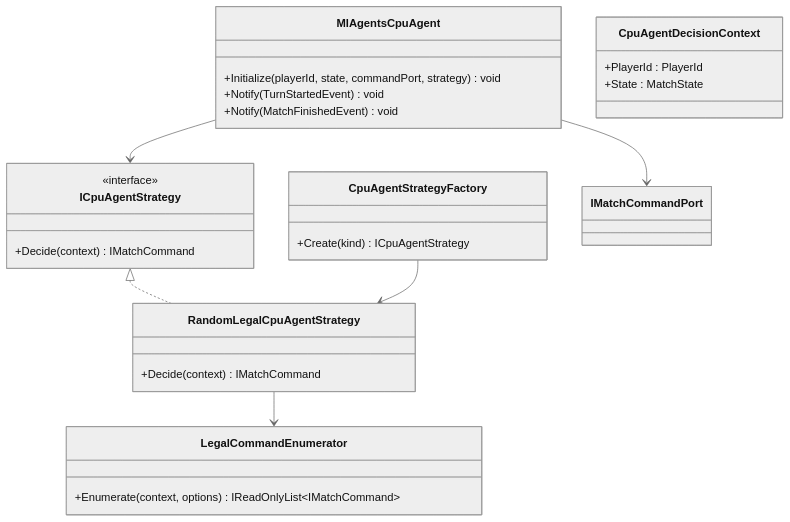
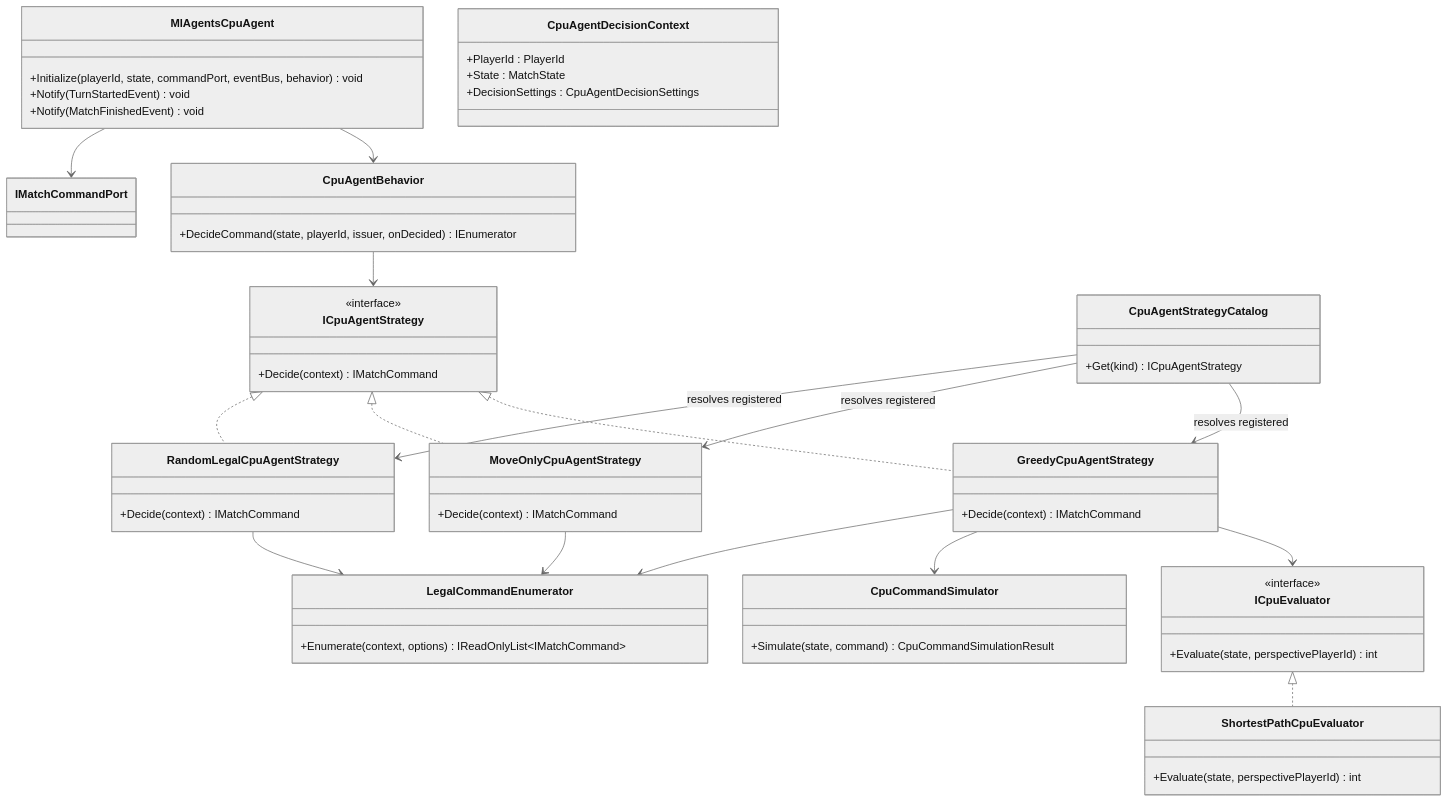
The third of 4 diagrams in Assets/Scripts/Diagram/Presenter.md (takaotokuno/unity-quoridor), drawn with Mermaid (neutral theme) before and after one commit. The commit also changed other lines of this file and 157 other files, not shown here.

````diff
--- a/Assets/Scripts/Diagram/Presenter.md
+++ b/Assets/Scripts/Diagram/Presenter.md
@@ -237,36 +265,72 @@
 ```mermaid
 classDiagram
     class MlAgentsCpuAgent{
-        +Initialize(playerId, state, commandPort, strategy) void
+        +Initialize(playerId, state, commandPort, eventBus, behavior) void
         +Notify(TurnStartedEvent) void
         +Notify(MatchFinishedEvent) void
     }
 
     class ICpuAgentStrategy{
         <<interface>>
         +Decide(context) IMatchCommand
     }
 
     class RandomLegalCpuAgentStrategy{
         +Decide(context) IMatchCommand
     }
     ICpuAgentStrategy <|.. RandomLegalCpuAgentStrategy
 
-    class CpuAgentStrategyFactory{
-        +Create(kind) ICpuAgentStrategy
+    class MoveOnlyCpuAgentStrategy{
+        +Decide(context) IMatchCommand
+    }
+    ICpuAgentStrategy <|.. MoveOnlyCpuAgentStrategy
+
+    class GreedyCpuAgentStrategy{
+        +Decide(context) IMatchCommand
+    }
+    ICpuAgentStrategy <|.. GreedyCpuAgentStrategy
+
+    class ICpuEvaluator{
+        <<interface>>
+        +Evaluate(state, perspectivePlayerId) int
+    }
+
+    class ShortestPathCpuEvaluator{
+        +Evaluate(state, perspectivePlayerId) int
+    }
+    ICpuEvaluator <|.. ShortestPathCpuEvaluator
+
+    class CpuCommandSimulator{
+        +Simulate(state, command) CpuCommandSimulationResult
+    }
+
+    class CpuAgentStrategyCatalog{
+        +Get(kind) ICpuAgentStrategy
     }
 
     class LegalCommandEnumerator{
         +Enumerate(context, options) IReadOnlyList~IMatchCommand~
     }
 
     class CpuAgentDecisionContext{
         +PlayerId : PlayerId
         +State : MatchState
+        +DecisionSettings : CpuAgentDecisionSettings
+    }
+
+    class CpuAgentBehavior{
+        +DecideCommand(state, playerId, issuer, onDecided) IEnumerator
     }
 
     MlAgentsCpuAgent --> IMatchCommandPort
-    MlAgentsCpuAgent --> ICpuAgentStrategy
+    MlAgentsCpuAgent --> CpuAgentBehavior
+    CpuAgentBehavior --> ICpuAgentStrategy
     RandomLegalCpuAgentStrategy --> LegalCommandEnumerator
-    CpuAgentStrategyFactory --> RandomLegalCpuAgentStrategy
+    MoveOnlyCpuAgentStrategy --> LegalCommandEnumerator
+    GreedyCpuAgentStrategy --> LegalCommandEnumerator
+    GreedyCpuAgentStrategy --> CpuCommandSimulator
+    GreedyCpuAgentStrategy --> ICpuEvaluator
+    CpuAgentStrategyCatalog --> RandomLegalCpuAgentStrategy : resolves registered
+    CpuAgentStrategyCatalog --> MoveOnlyCpuAgentStrategy : resolves registered
+    CpuAgentStrategyCatalog --> GreedyCpuAgentStrategy : resolves registered
 ```
````
